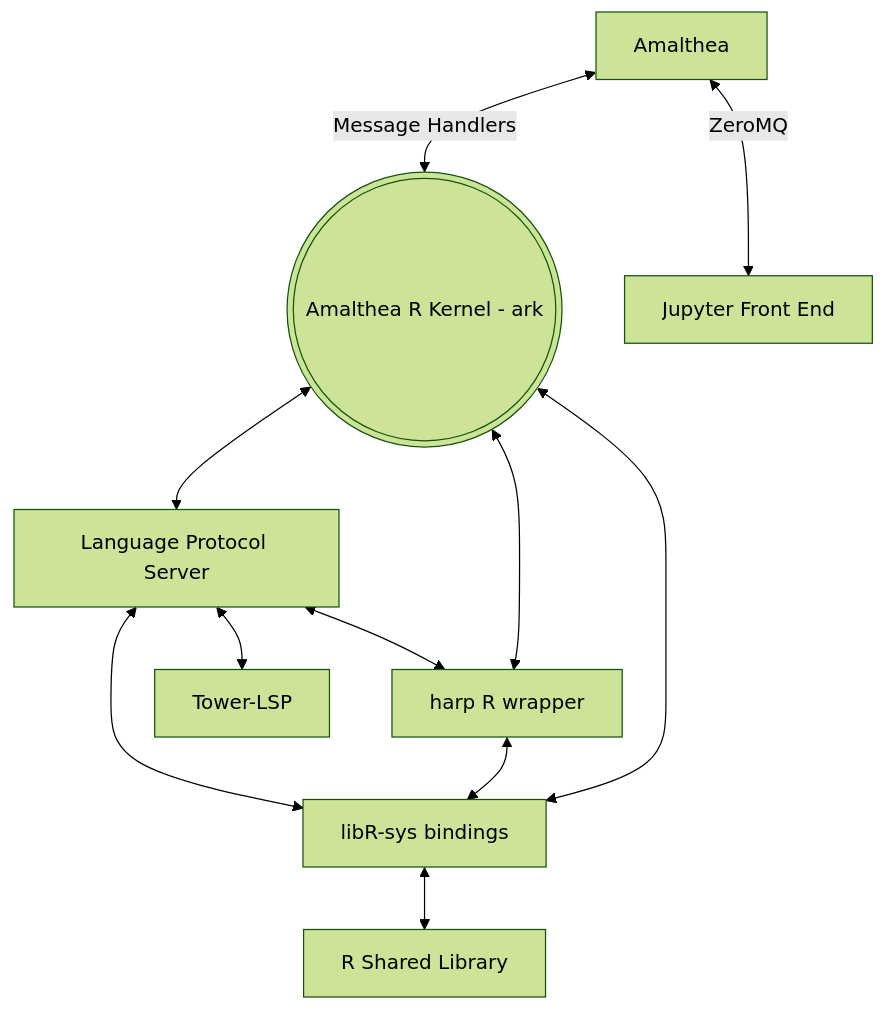
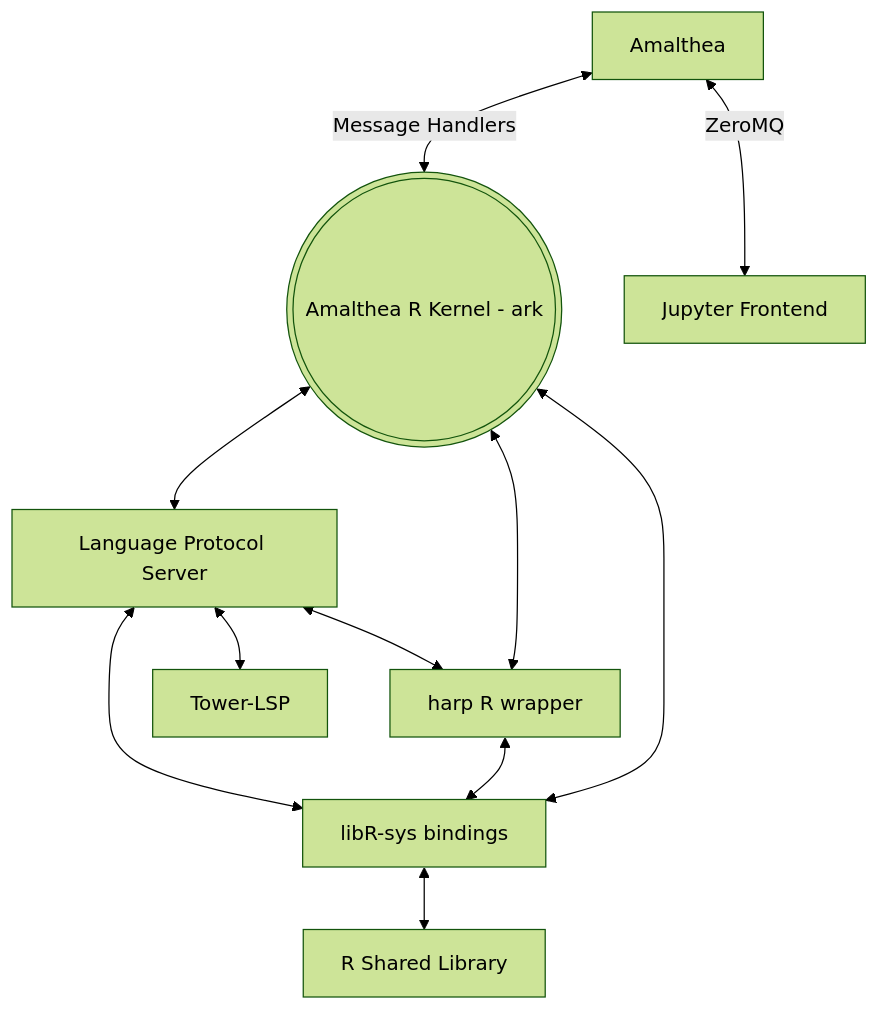
The diagram in README.md (posit-dev/ark), drawn with Mermaid (forest theme) before and after one commit. The commit also changed other lines of this file and 41 other files, not shown here.

````diff
--- a/README.md
+++ b/README.md
@@ -17,13 +17,13 @@
 ```mermaid
 flowchart TD
 a[Amalthea] <--Message Handlers--> ark(((Amalthea R Kernel - ark)))
-a <--ZeroMQ--> jf[Jupyter Front End]
+a <--ZeroMQ--> jf[Jupyter Frontend]
 ark <--> lsp[Language Protocol Server]
 ark <--> h[harp R wrapper]
 ark <--> libr[libR-sys bindings]
 h <--> libr
 libr <--> r[R Shared Library]
 lsp <--> h
 lsp <--> libr
 lsp <--> tower[Tower-LSP]
 ```
````
